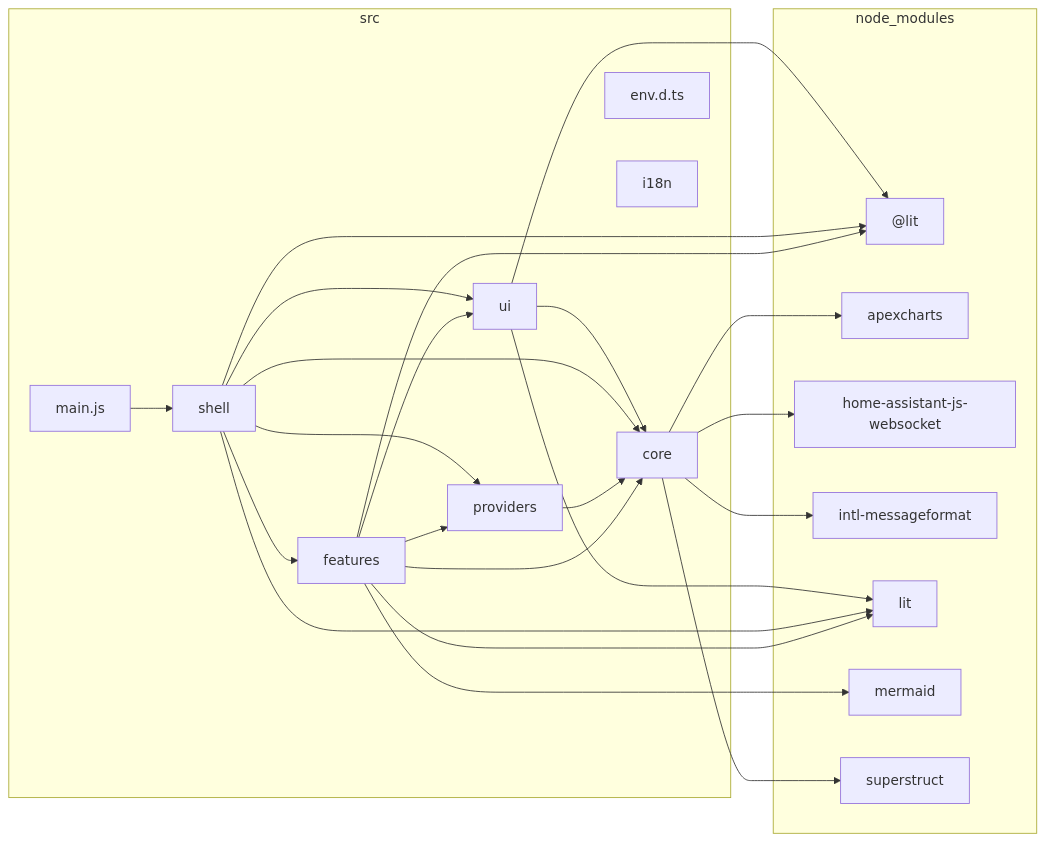
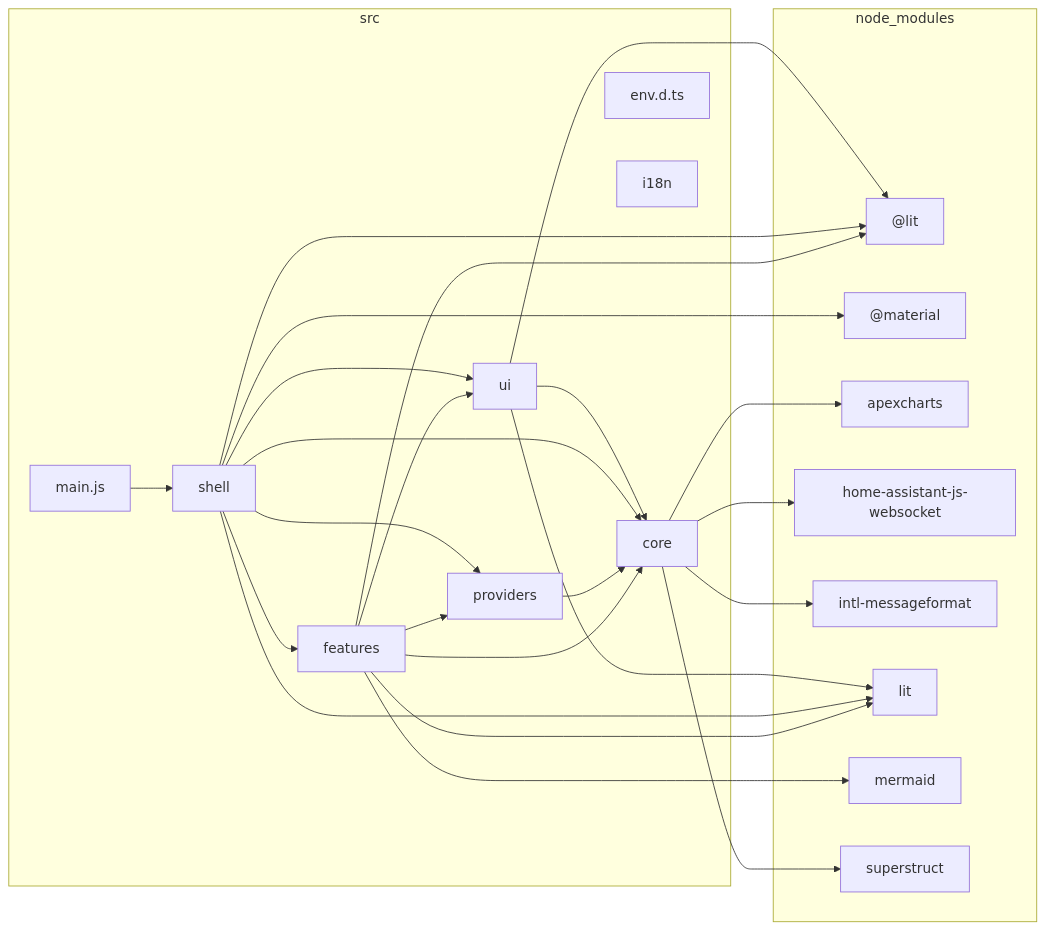
One commit to pldelisle/ha-home-panel changed the diagram in docs/architecture/dependency-graph.md. Above: the diagram before and after it, drawn with Mermaid. The commit also changed 26 other files, not shown here.

````diff
--- a/docs/architecture/dependency-graph.md
+++ b/docs/architecture/dependency-graph.md
@@ -5,44 +5,46 @@
 ```mermaid
 flowchart LR
 
 subgraph 0["node_modules"]
 1["@lit"]
-2["apexcharts"]
-3["home-assistant-js-websocket"]
-4["intl-messageformat"]
-5["lit"]
-6["mermaid"]
-7["superstruct"]
+2["@material"]
+3["apexcharts"]
+4["home-assistant-js-websocket"]
+5["intl-messageformat"]
+6["lit"]
+7["mermaid"]
+8["superstruct"]
 end
-subgraph 8["src"]
-9["core"]
-A["env.d.ts"]
-B["features"]
-C["i18n"]
-D["main.js"]
-E["providers"]
-F["shell"]
-G["ui"]
+subgraph 9["src"]
+A["core"]
+B["env.d.ts"]
+C["features"]
+D["i18n"]
+E["main.js"]
+F["providers"]
+G["shell"]
+H["ui"]
 end
-9-->2
-9-->3
-9-->7
-9-->4
-B-->9
-B-->G
-B-->5
-B-->E
-B-->1
-B-->6
-D-->F
-E-->9
-F-->9
-F-->B
-F-->E
-F-->G
-F-->1
-F-->5
-G-->9
-G-->5
+A-->3
+A-->4
+A-->8
+A-->5
+C-->A
+C-->H
+C-->6
+C-->F
+C-->1
+C-->7
+E-->G
+F-->A
+G-->A
+G-->C
+G-->F
+G-->H
 G-->1
+G-->6
+G-->2
+H-->A
+H-->6
+H-->1
 ```
````
